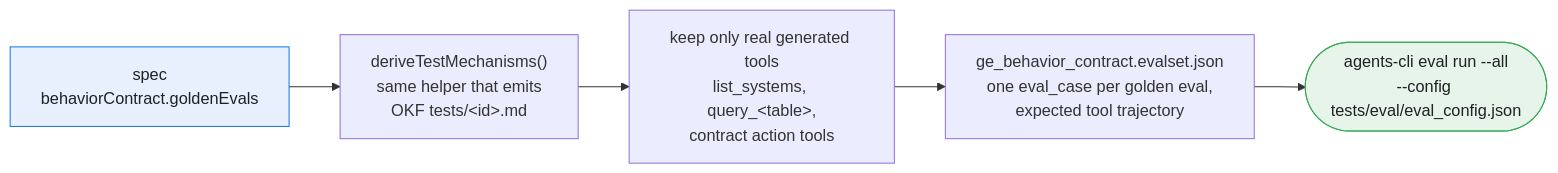
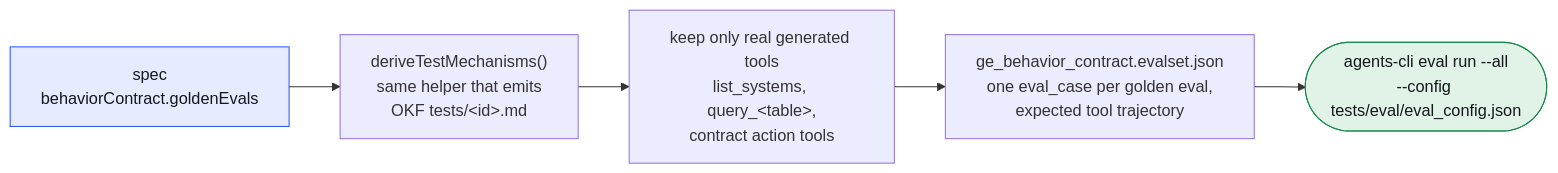
The diagram in docs/diagrams-src/eval-derivation.mmd (vamsiramakrishnan/ge-agent-factory), drawn with Mermaid before and after one commit. The commit also changed 72 other files, not shown here.

```diff
--- a/docs/diagrams-src/eval-derivation.mmd
+++ b/docs/diagrams-src/eval-derivation.mmd
@@ -1,10 +1,10 @@
 flowchart LR
     G["spec\nbehaviorContract.goldenEvals"] --> M["deriveTestMechanisms()\nsame helper that emits\nOKF tests/&lt;id&gt;.md"]
     M --> F["keep only real generated tools\nlist_systems, query_&lt;table&gt;,\ncontract action tools"]
     F --> E["ge_behavior_contract.evalset.json\none eval_case per golden eval,\nexpected tool trajectory"]
     E --> R(["agents-cli eval run --all\n--config tests/eval/eval_config.json"])
 
-    classDef contract fill:#e8f0fe,stroke:#1a73e8,color:#202124
-    classDef run fill:#e6f4ea,stroke:#34a853,color:#202124
+    classDef contract fill:#e6ebff,stroke:#2953ff,color:#14171c
+    classDef run fill:#e1f3e7,stroke:#16874a,color:#14171c
     class G contract
     class R run
```
